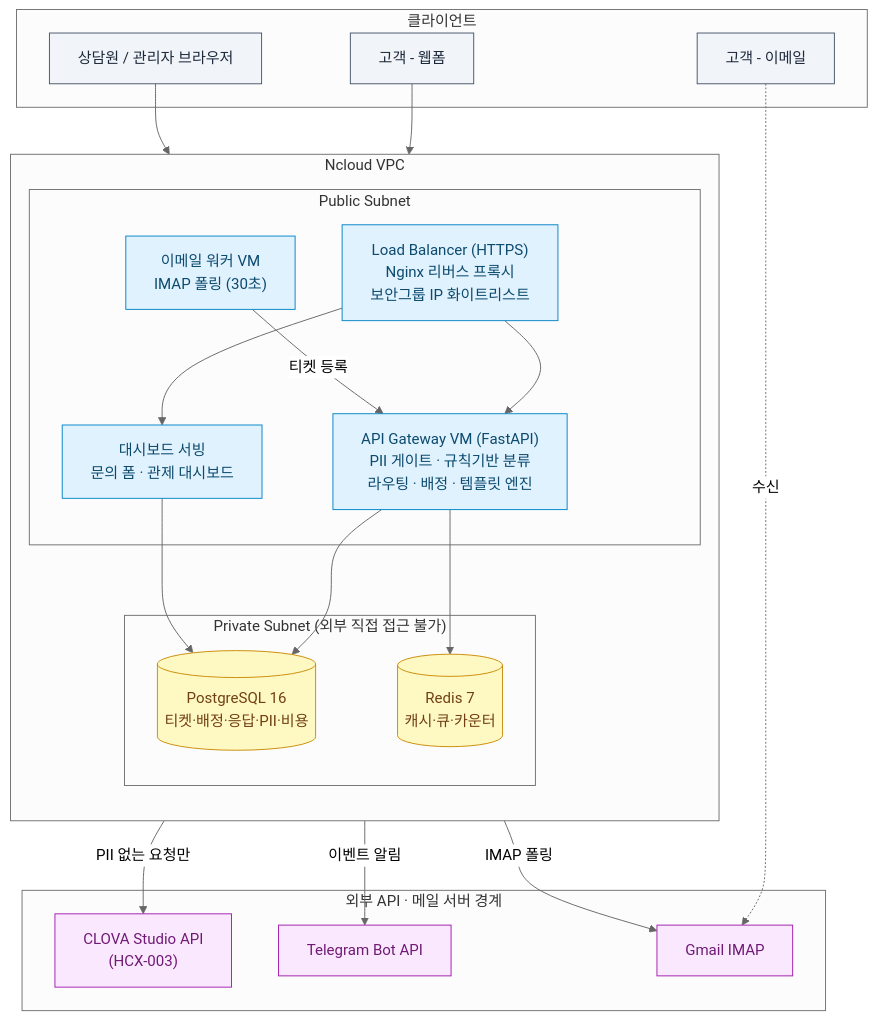
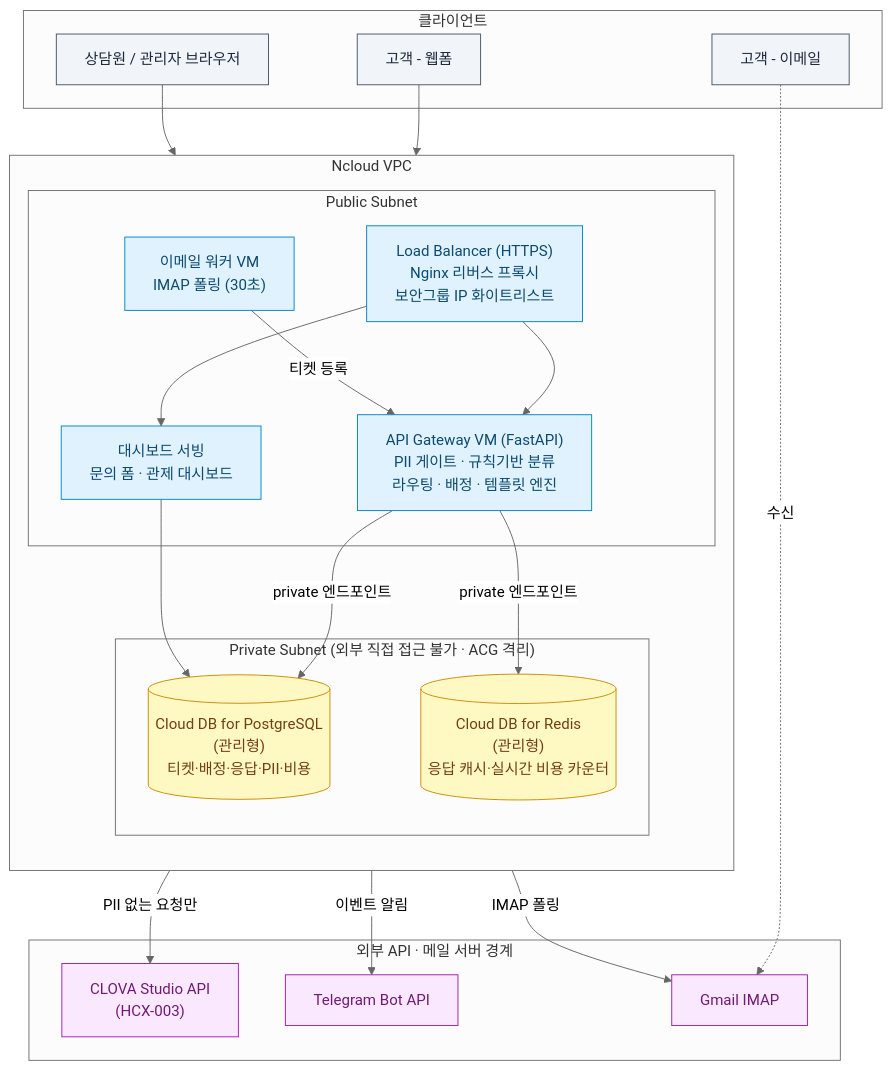
The first of 4 diagrams in docs/architecture.md (chohyerinn/Customer-Inquiry-Dashboard), drawn with Mermaid (neutral theme) before and after one commit. The commit also changed other lines of this file and 3 other files, not shown here.

First line of the commit message:
인프라 재구성: 관리형 DB/Redis(Private Subnet) + Redis 캐시·비용 카운터 실연동

````diff
--- a/docs/architecture.md
+++ b/docs/architecture.md
@@ -13,50 +15,50 @@
 ```mermaid
 flowchart TB
     subgraph CLIENT["클라이언트"]
         U1["고객 - 웹폼"]
         U2["고객 - 이메일"]
         U3["상담원 / 관리자 브라우저"]
     end
 
     subgraph VPC["Ncloud VPC"]
         direction TB
         subgraph PUB["Public Subnet"]
             LB["Load Balancer (HTTPS)<br/>Nginx 리버스 프록시<br/>보안그룹 IP 화이트리스트"]
             API["API Gateway VM (FastAPI)<br/>PII 게이트 · 규칙기반 분류<br/>라우팅 · 배정 · 템플릿 엔진"]
             EW["이메일 워커 VM<br/>IMAP 폴링 (30초)"]
             DASH["대시보드 서빙<br/>문의 폼 · 관제 대시보드"]
         end
-        subgraph PRI["Private Subnet (외부 직접 접근 불가)"]
-            PG[("PostgreSQL 16<br/>티켓·배정·응답·PII·비용")]
-            RD[("Redis 7<br/>캐시·큐·카운터")]
+        subgraph PRI["Private Subnet (외부 직접 접근 불가 · ACG 격리)"]
+            PG[("Cloud DB for PostgreSQL<br/>(관리형)<br/>티켓·배정·응답·PII·비용")]
+            RD[("Cloud DB for Redis<br/>(관리형)<br/>응답 캐시·실시간 비용 카운터")]
         end
     end
 
     subgraph EXT["외부 API · 메일 서버 경계"]
         CLOVA["CLOVA Studio API<br/>(HCX-003)"]
         TG["Telegram Bot API"]
         GMAIL["Gmail IMAP"]
     end
 
     U1 --> LB
     U3 --> LB
     U2 -.수신.-> GMAIL
     LB --> API
     LB --> DASH
-    API --> PG
-    API --> RD
+    API -->|private 엔드포인트| PG
+    API -->|private 엔드포인트| RD
     DASH --> PG
     EW -->|IMAP 폴링| GMAIL
     EW -->|티켓 등록| API
     API -->|PII 없는 요청만| CLOVA
     API -->|이벤트 알림| TG
 
     classDef pub fill:#e0f2fe,stroke:#0284c7,color:#0c4a6e;
     classDef pri fill:#fef9c3,stroke:#ca8a04,color:#713f12;
     classDef ext fill:#fae8ff,stroke:#a21caf,color:#701a75;
     classDef cli fill:#f1f5f9,stroke:#475569,color:#1e293b;
     class LB,API,EW,DASH pub;
     class PG,RD pri;
     class CLOVA,TG,GMAIL ext;
     class U1,U2,U3 cli;
 ```
````
